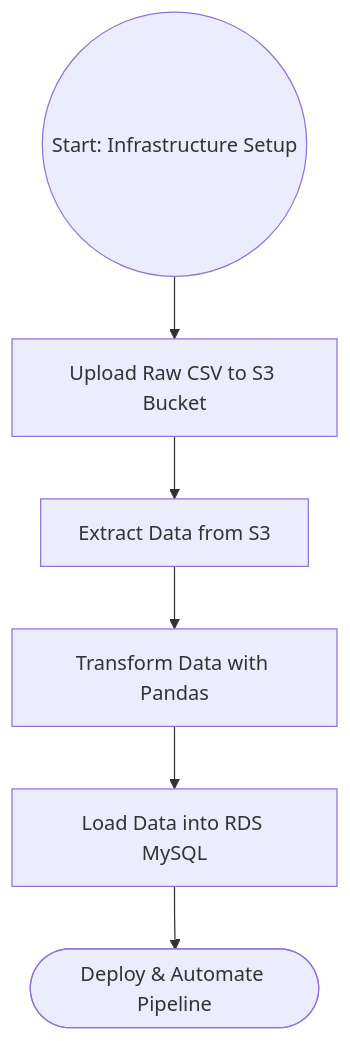
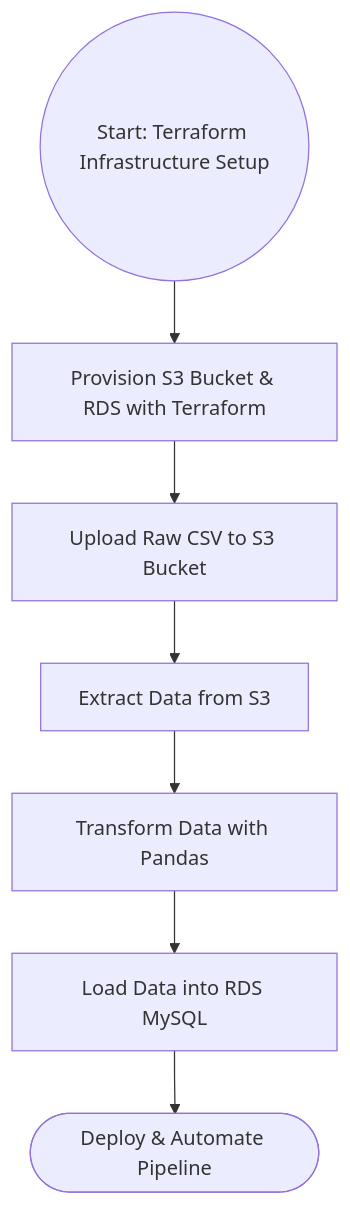
Before and after one commit to tungstennn/ETL-Pipeline-for-Sales-Data-Analysis: the diagram in README.md, drawn with Mermaid.

````diff
--- a/README.md
+++ b/README.md
@@ -33,8 +33,9 @@
 ```mermaid
 flowchart TD
-    A((Start: Infrastructure Setup)) --> B[Upload Raw CSV to S3 Bucket]
-    B --> C[Extract Data from S3]
-    C --> D[Transform Data with Pandas]
-    D --> E[Load Data into RDS MySQL]
-    E --> F([Deploy & Automate Pipeline])
+    A((Start: Terraform Infrastructure Setup)) --> B[Provision S3 Bucket & RDS with Terraform]
+    B --> C[Upload Raw CSV to S3 Bucket]
+    C --> D[Extract Data from S3]
+    D --> E[Transform Data with Pandas]
+    E --> F[Load Data into RDS MySQL]
+    F --> G([Deploy & Automate Pipeline])
 ```
````
